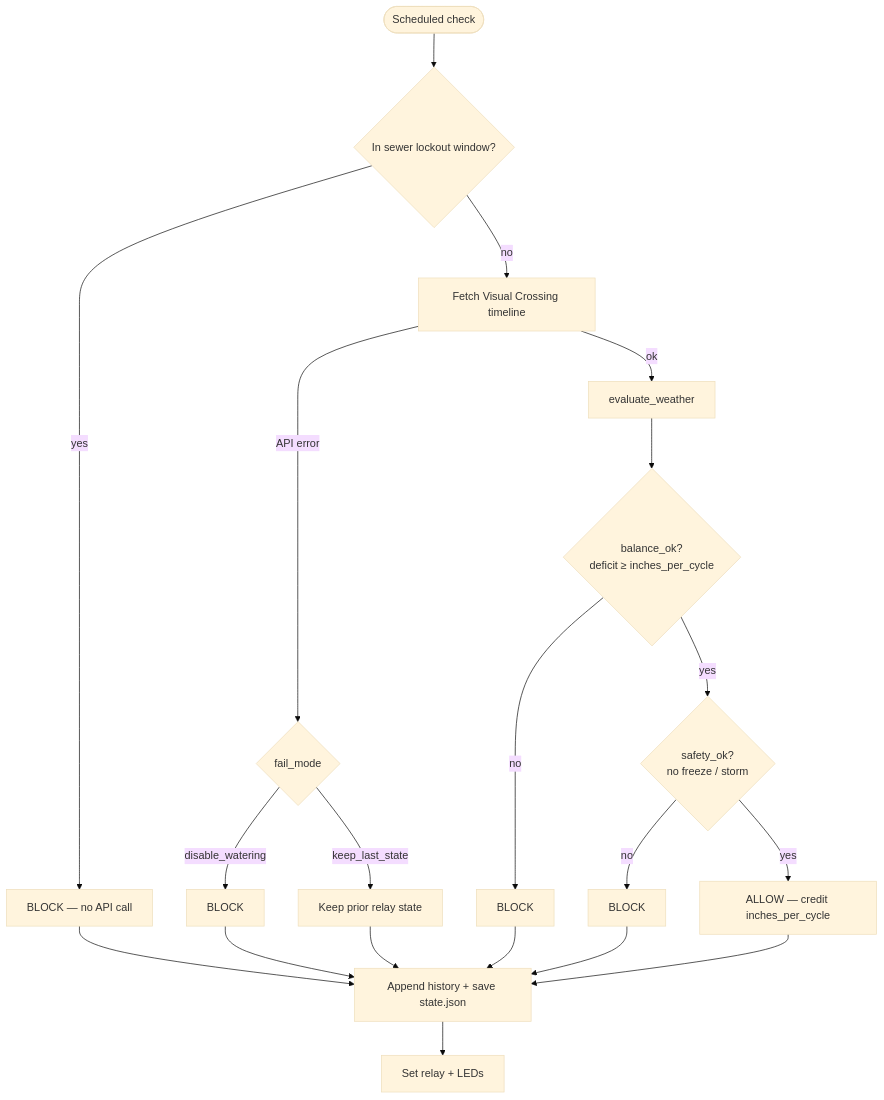
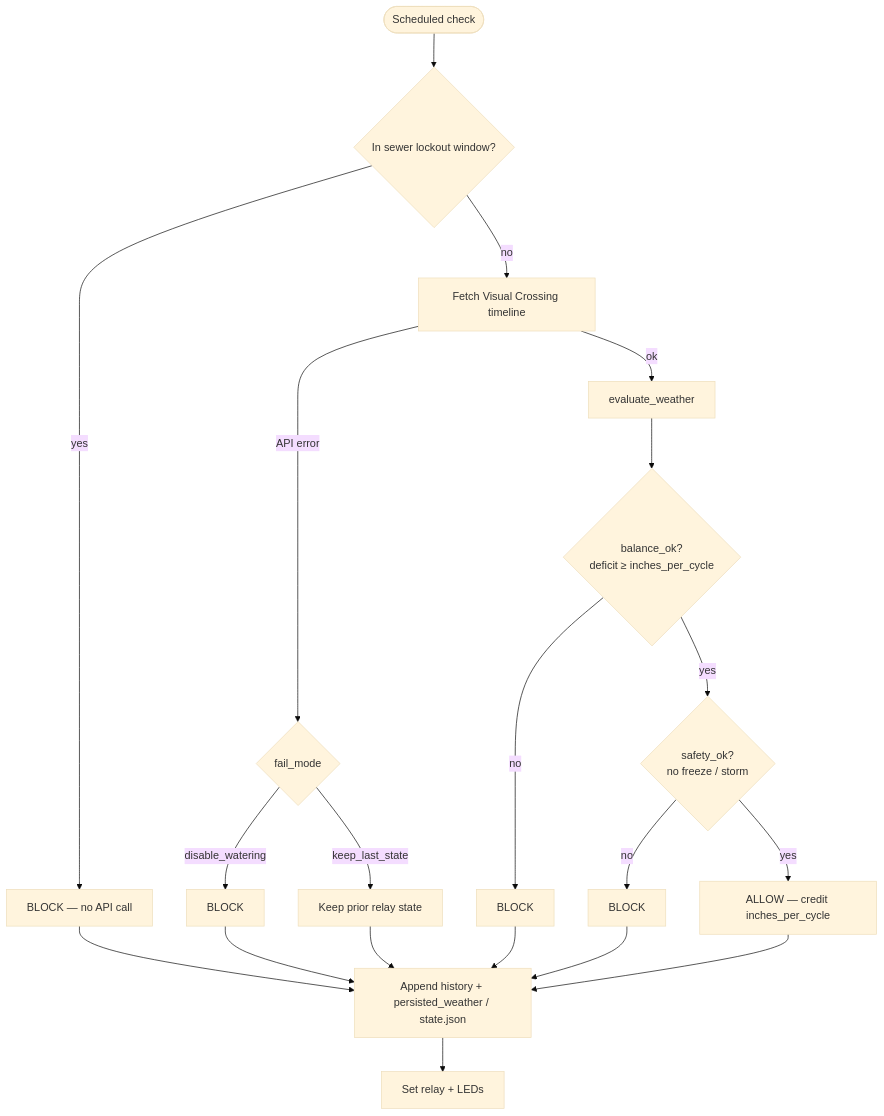
The fourth of 7 diagrams in README.md (grevelle/sprinkler-rain-bypass), drawn with Mermaid (base theme) before and after one commit. The commit also changed other lines of this file and 13 other files, not shown here.

````diff
--- a/README.md
+++ b/README.md
@@ -431,22 +431,22 @@
 ```mermaid
 flowchart TD
   start([Scheduled check]) --> sewer{In sewer lockout window?}
   sewer -->|yes| blockSewer[BLOCK — no API call]
   sewer -->|no| fetch[Fetch Visual Crossing timeline]
   fetch -->|API error| failMode{fail_mode}
   failMode -->|disable_watering| blockFail[BLOCK]
   failMode -->|keep_last_state| keep[Keep prior relay state]
   fetch -->|ok| eval[evaluate_weather]
   eval --> balance{balance_ok?<br/>deficit ≥ inches_per_cycle}
   balance -->|no| blockBal[BLOCK]
   balance -->|yes| safety{safety_ok?<br/>no freeze / storm}
   safety -->|no| blockSafe[BLOCK]
   safety -->|yes| allow[ALLOW — credit inches_per_cycle]
-  blockSewer --> persist[Append history + save state.json]
+  blockSewer --> persist[Append history + persisted_weather / state.json]
   blockFail --> persist
   keep --> persist
   blockBal --> persist
   blockSafe --> persist
   allow --> persist
   persist --> gpio[Set relay + LEDs]
 ```
````
